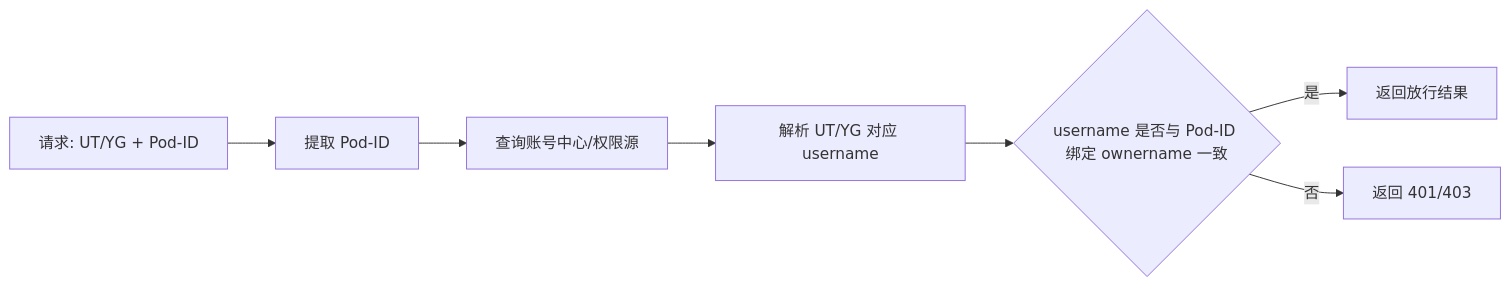
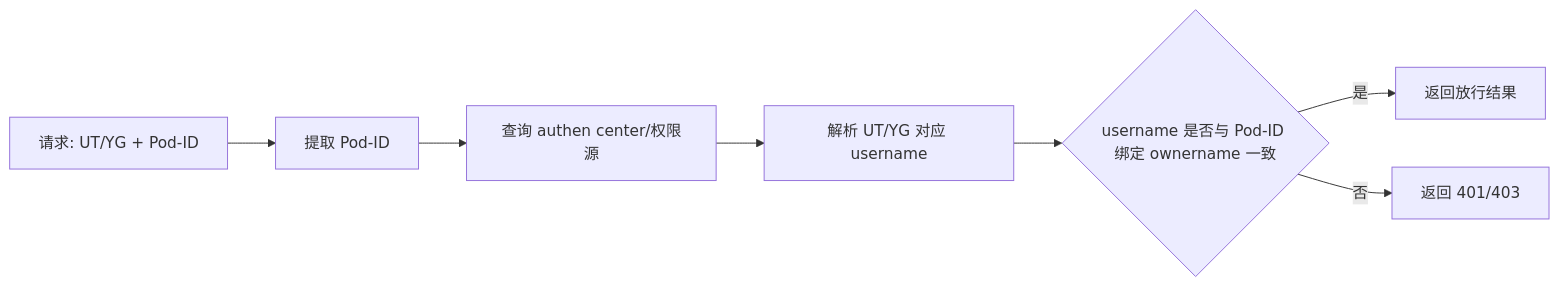
The second of 3 diagrams in opensourceways/backlog/issue_docs/151/Architecture Desgin/#151 Architecture Design Specification.md (GeorgeCao-hw/backlog-test), drawn with Mermaid before and after one commit. The commit also changed other lines of this file and 1 other file, not shown here.

````diff
--- a/opensourceways/backlog/issue_docs/151/Architecture Desgin/#151 Architecture Design Specification.md
+++ b/opensourceways/backlog/issue_docs/151/Architecture Desgin/#151 Architecture Design Specification.md
@@ -43,9 +43,9 @@
 ```mermaid
 flowchart LR
     Req[请求: UT/YG + Pod-ID] --> Extract[提取 Pod-ID]
-    Extract --> Query[查询账号中心/权限源]
+    Extract --> Query[查询 authen center/权限源]
     Query --> UserName[解析 UT/YG 对应 username]
     UserName --> Verify{username 是否与 Pod-ID 绑定 ownername 一致}
     Verify -- 是 --> Allow[返回放行结果]
     Verify -- 否 --> Deny[返回 401/403]
 ```
````
